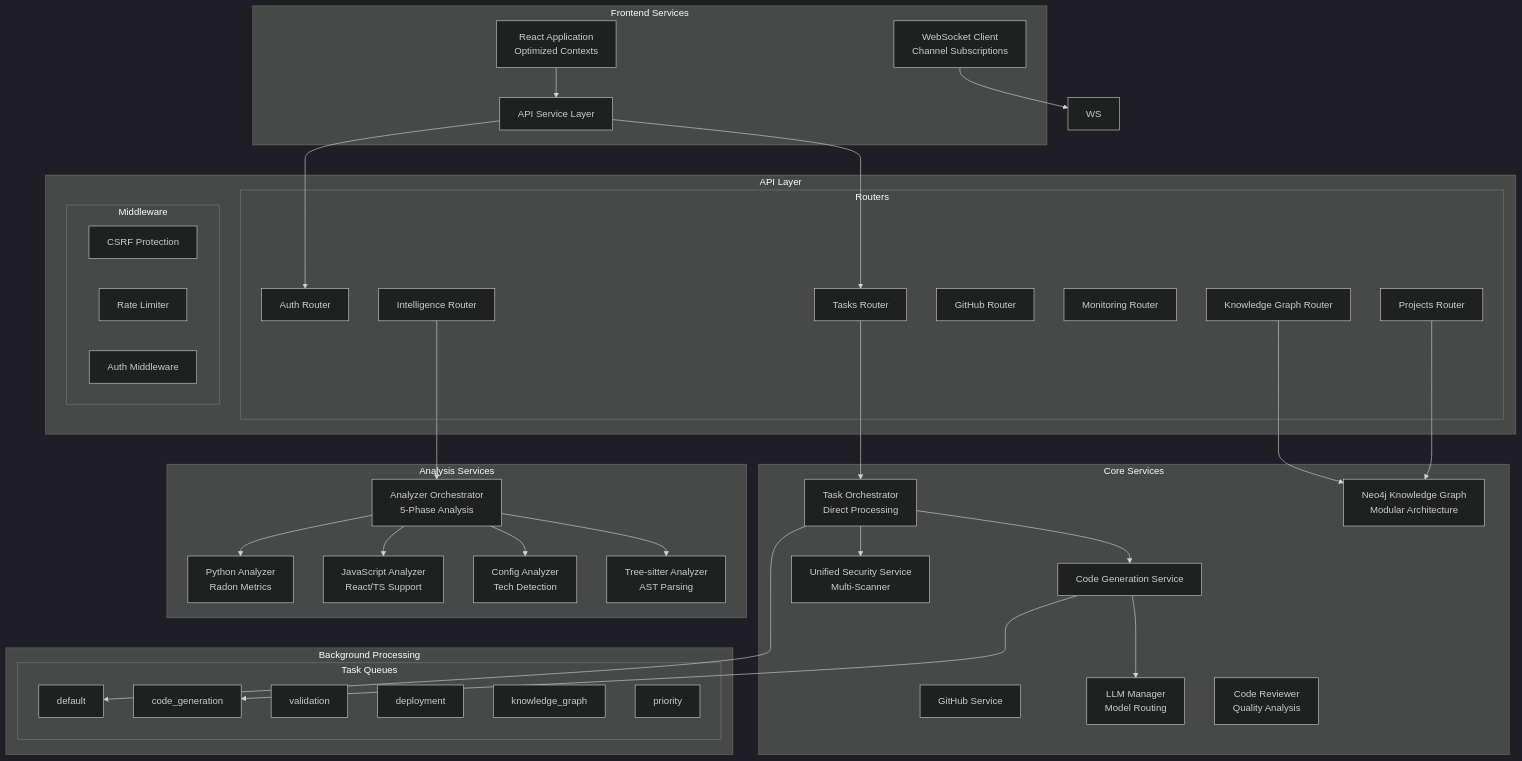
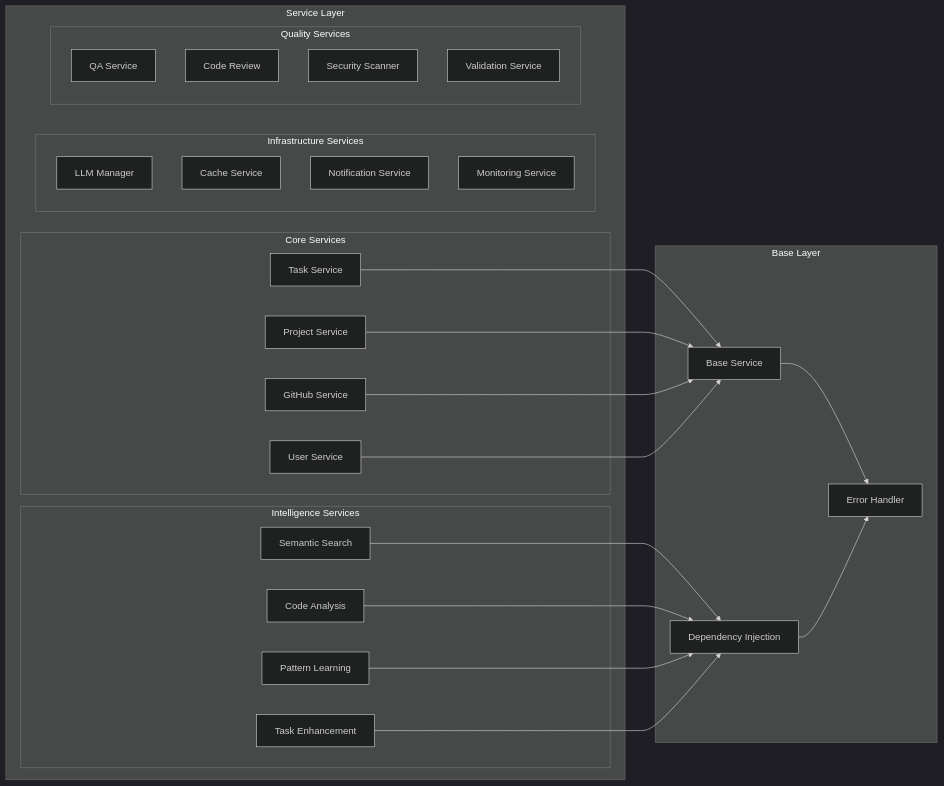
The second of 13 diagrams in architecture-diagrams.md (CrewWorkAI/docs), drawn with Mermaid (dark theme) before and after one commit. The commit also changed other lines of this file and 11 other files, not shown here.

First line of the commit message:
Adds initial architecture documentation

````diff
--- a/architecture-diagrams.md
+++ b/architecture-diagrams.md
@@ -79,76 +69,51 @@
 ```mermaid
-flowchart TB
-    subgraph "Frontend Services"
-        REACT[React Application<br/>Optimized Contexts]
-        WS_CLIENT[WebSocket Client<br/>Channel Subscriptions]
-        API_SERVICE[API Service Layer]
-    end
-    
-    subgraph "API Layer"
-        subgraph "Routers"
-            AUTH_ROUTER[Auth Router]
-            TASK_ROUTER[Tasks Router]
-            PROJECT_ROUTER[Projects Router]
-            GITHUB_ROUTER[GitHub Router]
-            MONITOR_ROUTER[Monitoring Router]
-            KG_ROUTER[Knowledge Graph Router]
-            INTEL_ROUTER[Intelligence Router]
+graph LR
+    subgraph "Service Layer"
+        subgraph "Core Services"
+            TS[Task Service]
+            PS[Project Service]
+            GS[GitHub Service]
+            US[User Service]
         end
         
-        subgraph "Middleware"
-            CSRF[CSRF Protection]
-            RATE_LIMIT[Rate Limiter]
-            AUTH_MW[Auth Middleware]
+        subgraph "Intelligence Services"
+            SS[Semantic Search]
+            CAS[Code Analysis]
+            PLS[Pattern Learning]
+            TES[Task Enhancement]
+        end
+        
+        subgraph "Infrastructure Services"
+            LM[LLM Manager]
+            CS[Cache Service]
+            NS[Notification Service]
+            MS[Monitoring Service]
+        end
+        
+        subgraph "Quality Services"
+            QA[QA Service]
+            CR[Code Review]
+            SEC[Security Scanner]
+            VAL[Validation Service]
         end
     end
     
-    subgraph "Core Services"
-        TASK_ORCH[Task Orchestrator<br/>Direct Processing]
-        CODE_GEN[Code Generation Service]
-        GITHUB_SVC[GitHub Service]
-        LLM_MGR[LLM Manager<br/>Model Routing]
-        KG_SVC[Neo4j Knowledge Graph<br/>Modular Architecture]
-        UNIFIED_SEC[Unified Security Service<br/>Multi-Scanner]
-        CODE_REVIEW[Code Reviewer<br/>Quality Analysis]
+    subgraph "Base Layer"
+        BS[Base Service]
+        DI[Dependency Injection]
+        EH[Error Handler]
     end
     
-    subgraph "Analysis Services"
-        ANALYZER_ORCH[Analyzer Orchestrator<br/>5-Phase Analysis]
-        PY_ANALYZER[Python Analyzer<br/>Radon Metrics]
-        JS_ANALYZER[JavaScript Analyzer<br/>React/TS Support]
-        CONFIG_ANALYZER[Config Analyzer<br/>Tech Detection]
-        TREE_SITTER[Tree-sitter Analyzer<br/>AST Parsing]
-    end
+    TS --> BS
+    PS --> BS
+    GS --> BS
+    US --> BS
     
-    subgraph "Background Processing"
-        subgraph "Task Queues"
-            DEFAULT_Q[default]
-            CODE_GEN_Q[code_generation]
-            VALIDATION_Q[validation]
-            DEPLOY_Q[deployment]
-            KG_Q[knowledge_graph]
-            PRIORITY_Q[priority]
-        end
-    end
+    SS --> DI
+    CAS --> DI
+    PLS --> DI
+    TES --> DI
     
-    REACT --> API_SERVICE
-    API_SERVICE --> AUTH_ROUTER
-    API_SERVICE --> TASK_ROUTER
-    WS_CLIENT --> WS
-    
-    TASK_ROUTER --> TASK_ORCH
-    PROJECT_ROUTER --> KG_SVC
-    KG_ROUTER --> KG_SVC
-    INTEL_ROUTER --> ANALYZER_ORCH
-    
-    TASK_ORCH --> CODE_GEN
-    TASK_ORCH --> UNIFIED_SEC
-    CODE_GEN --> LLM_MGR
-    TASK_ORCH --> DEFAULT_Q
-    CODE_GEN --> CODE_GEN_Q
-    
-    ANALYZER_ORCH --> PY_ANALYZER
-    ANALYZER_ORCH --> JS_ANALYZER
-    ANALYZER_ORCH --> CONFIG_ANALYZER
-    ANALYZER_ORCH --> TREE_SITTER
+    BS --> EH
+    DI --> EH
 ```
````
